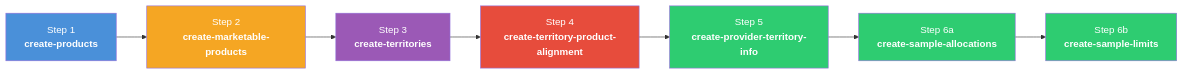
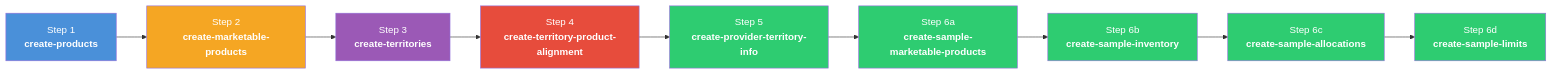
One commit to afls-ideas/Multi-Country-Brand-Setup changed the second of 2 diagrams in README-08-Sample-Management-Setup.md. Above: the diagram before and after it, drawn with Mermaid. The commit also changed other lines of this file and 5 other files, not shown here.

First line of the commit message:
Fix samples not appearing: add sample marketable products, inventory, and SOQL docs

````diff
--- a/README-08-Sample-Management-Setup.md
+++ b/README-08-Sample-Management-Setup.md
@@ -248,17 +315,21 @@
 ```mermaid
 flowchart LR
     S1["Step 1<br/><b>create-products</b>"] --> S2["Step 2<br/><b>create-marketable-products</b>"]
     S2 --> S3["Step 3<br/><b>create-territories</b>"]
     S3 --> S4["Step 4<br/><b>create-territory-product-alignment</b>"]
     S4 --> S5["Step 5<br/><b>create-provider-territory-info</b>"]
-    S5 --> S6a["Step 6a<br/><b>create-sample-allocations</b>"]
-    S6a --> S6b["Step 6b<br/><b>create-sample-limits</b>"]
+    S5 --> S6a["Step 6a<br/><b>create-sample-marketable-products</b>"]
+    S6a --> S6b["Step 6b<br/><b>create-sample-inventory</b>"]
+    S6b --> S6c["Step 6c<br/><b>create-sample-allocations</b>"]
+    S6c --> S6d["Step 6d<br/><b>create-sample-limits</b>"]
 
     style S1 fill:#4a90d9,color:#fff
     style S2 fill:#f5a623,color:#fff
     style S3 fill:#9b59b6,color:#fff
     style S4 fill:#e74c3c,color:#fff
     style S5 fill:#2ecc71,color:#fff
     style S6a fill:#2ecc71,color:#fff
     style S6b fill:#2ecc71,color:#fff
+    style S6c fill:#2ecc71,color:#fff
+    style S6d fill:#2ecc71,color:#fff
 ```
````
